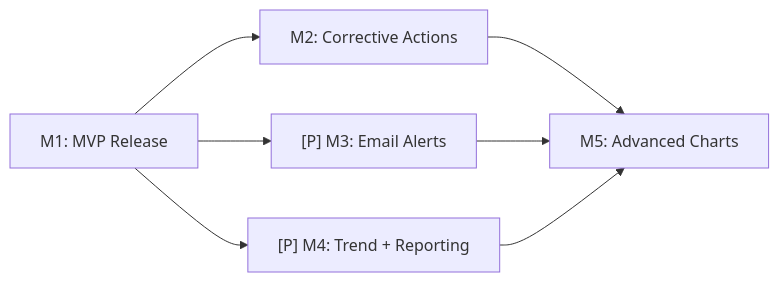
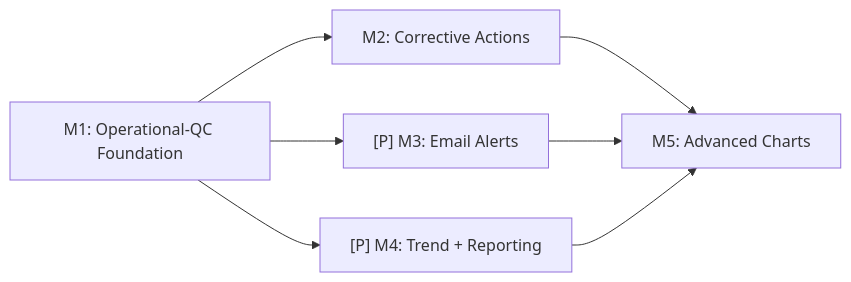
The diagram in specs/OGC-41-westgard-qc/tasks.md (DIGI-UW/OpenELIS-Global-2), drawn with Mermaid before and after one commit. The commit also changed other lines of this file and 3 other files, not shown here.

````diff
--- a/specs/OGC-41-westgard-qc/tasks.md
+++ b/specs/OGC-41-westgard-qc/tasks.md
@@ -367,9 +369,9 @@
 ```mermaid
 graph LR
-    M1[M1: MVP Release] --> M2[M2: Corrective Actions]
+    M1[M1: Operational-QC Foundation] --> M2[M2: Corrective Actions]
     M1 --> M3["[P] M3: Email Alerts"]
     M1 --> M4["[P] M4: Trend + Reporting"]
     M2 --> M5[M5: Advanced Charts]
     M3 --> M5
     M4 --> M5
 ```
````
